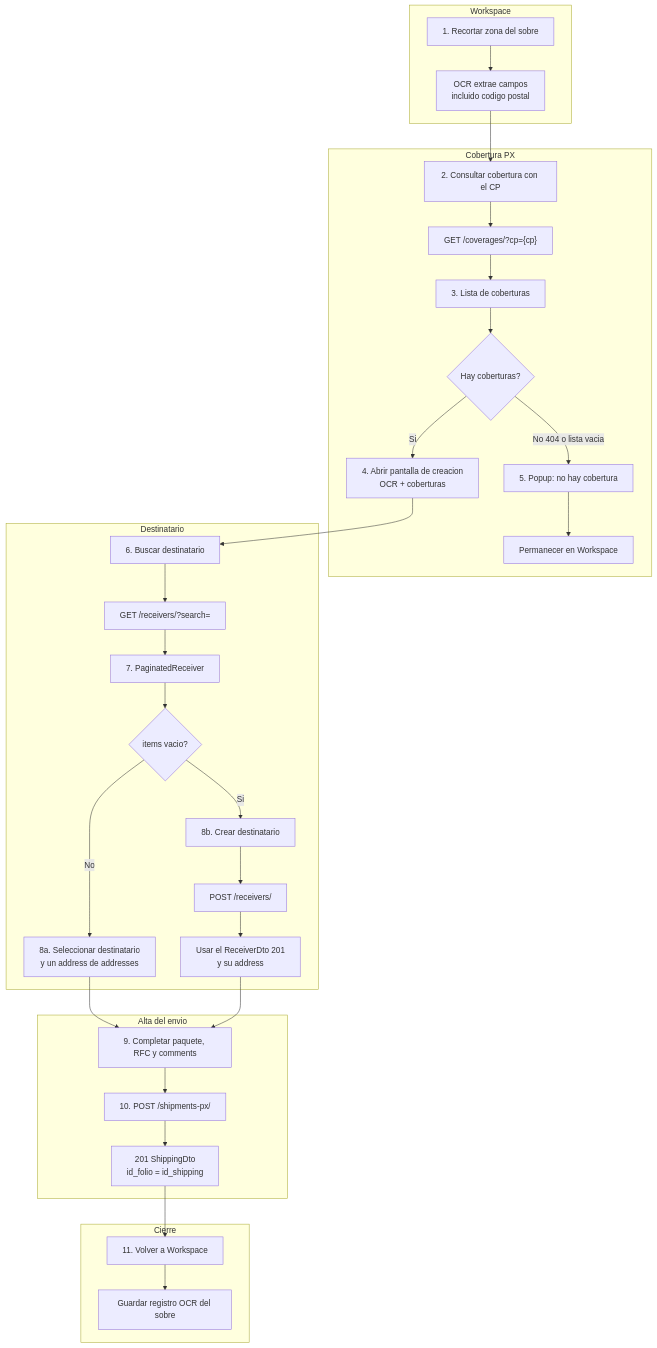
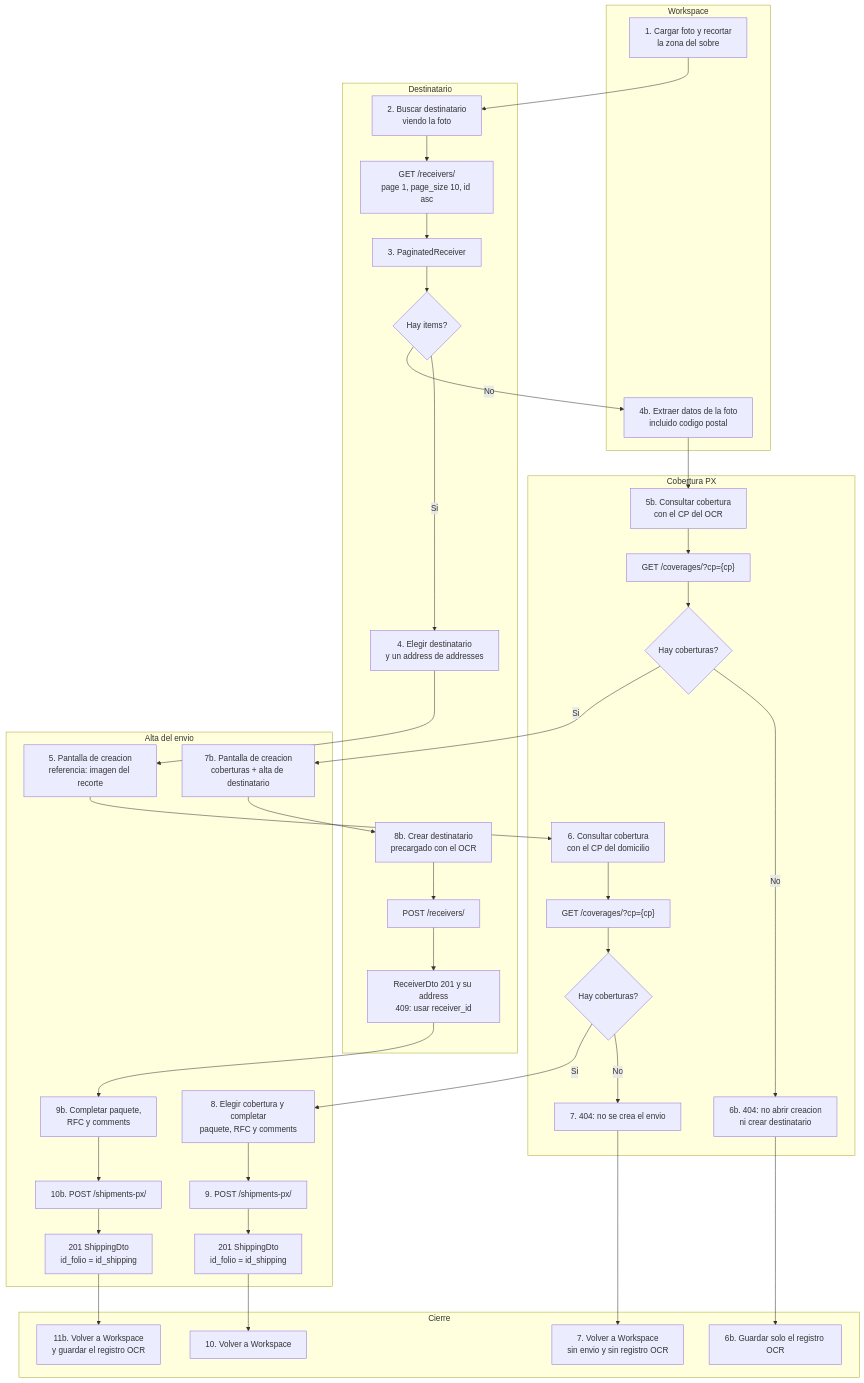
Before and after one commit to Alfredy25/ExtractorOCRImage: the first of 2 diagrams in docs/flows/flow_create_shipment_px.md, drawn with Mermaid. The commit also changed other lines of this file and 9 other files, not shown here.

Commit message:
@ docs(px): documenta los contratos restantes y el flujo con búsqueda previa Agrega los contratos de domicilio, contacto, cobertura, cargo, organización, SEPOMEX, título y volante, y actualiza la creación de envío para buscar al destinatario antes de extraer. @

````diff
--- a/docs/flows/flow_create_shipment_px.md
+++ b/docs/flows/flow_create_shipment_px.md
@@ -35,54 +50,70 @@
 ```mermaid
 flowchart TD
   subgraph WS["Workspace"]
-    A1["1. Recortar zona del sobre"]
-    A2["OCR extrae campos<br/>incluido codigo postal"]
-    A1 --> A2
+    A1["1. Cargar foto y recortar<br/>la zona del sobre"]
+    A2["4b. Extraer datos de la foto<br/>incluido codigo postal"]
+  end
+
+  subgraph REC["Destinatario"]
+    C1["2. Buscar destinatario<br/>viendo la foto"]
+    C2["GET /receivers/<br/>page 1, page_size 10, id asc"]
+    C3["3. PaginatedReceiver"]
+    C4{"Hay items?"}
+    C5["4. Elegir destinatario<br/>y un address de addresses"]
+    C6["8b. Crear destinatario<br/>precargado con el OCR"]
+    C7["POST /receivers/"]
+    C8["ReceiverDto 201 y su address<br/>409: usar receiver_id"]
+    C1 --> C2 --> C3 --> C4
+    C4 -->|Si| C5
+    C6 --> C7 --> C8
   end
 
   subgraph COV["Cobertura PX"]
-    B1["2. Consultar cobertura con el CP"]
+    B1["6. Consultar cobertura<br/>con el CP del domicilio"]
     B2["GET /coverages/?cp={cp}"]
-    B3["3. Lista de coberturas"]
-    B4{"Hay coberturas?"}
-    B5["5. Popup: no hay cobertura"]
-    B6["Permanecer en Workspace"]
-    B7["4. Abrir pantalla de creacion<br/>OCR + coberturas"]
-    B1 --> B2 --> B3 --> B4
-    B4 -->|No 404 o lista vacia| B5 --> B6
-    B4 -->|Si| B7
-  end
-
-  subgraph REC["Destinatario"]
-    C1["6. Buscar destinatario"]
-    C2["GET /receivers/?search="]
-    C3["7. PaginatedReceiver"]
-    C4{"items vacio?"}
-    C5["8a. Seleccionar destinatario<br/>y un address de addresses"]
-    C6["8b. Crear destinatario"]
-    C7["POST /receivers/"]
-    C8["Usar el ReceiverDto 201<br/>y su address"]
-    C1 --> C2 --> C3 --> C4
-    C4 -->|No| C5
-    C4 -->|Si| C6 --> C7 --> C8
+    B3{"Hay coberturas?"}
+    B4["7. 404: no se crea el envio"]
+    B5["5b. Consultar cobertura<br/>con el CP del OCR"]
+    B6["GET /coverages/?cp={cp}"]
+    B7{"Hay coberturas?"}
+    B8["6b. 404: no abrir creacion<br/>ni crear destinatario"]
+    B1 --> B2 --> B3
+    B3 -->|No| B4
+    B5 --> B6 --> B7
+    B7 -->|No| B8
   end
 
   subgraph SHIP["Alta del envio"]
-    D1["9. Completar paquete, RFC y comments"]
-    D2["10. POST /shipments-px/"]
-    D3["201 ShippingDto<br/>id_folio = id_shipping"]
-    D1 --> D2 --> D3
+    D1["5. Pantalla de creacion<br/>referencia: imagen del recorte"]
+    D2["8. Elegir cobertura y completar<br/>paquete, RFC y comments"]
+    D3["9. POST /shipments-px/"]
+    D4["201 ShippingDto<br/>id_folio = id_shipping"]
+    D5["7b. Pantalla de creacion<br/>coberturas + alta de destinatario"]
+    D6["9b. Completar paquete,<br/>RFC y comments"]
+    D7["10b. POST /shipments-px/"]
+    D8["201 ShippingDto<br/>id_folio = id_shipping"]
+    D2 --> D3 --> D4
+    D6 --> D7 --> D8
   end
 
   subgraph END["Cierre"]
-    E1["11. Volver a Workspace"]
-    E2["Guardar registro OCR del sobre"]
-    E1 --> E2
+    E1["10. Volver a Workspace"]
+    E4["7. Volver a Workspace<br/>sin envio y sin registro OCR"]
+    E2["6b. Guardar solo el registro OCR"]
+    E3["11b. Volver a Workspace<br/>y guardar el registro OCR"]
   end
 
-  A2 --> B1
-  B7 --> C1
+  A1 --> C1
+  C4 -->|No| A2
   C5 --> D1
-  C8 --> D1
-  D3 --> E1
+  D1 --> B1
+  B3 -->|Si| D2
+  B4 --> E4
+  D4 --> E1
+  A2 --> B5
+  B7 -->|Si| D5
+  D5 --> C6
+  C8 --> D6
+  B8 --> E2
+  D8 --> E3
 ```
````
